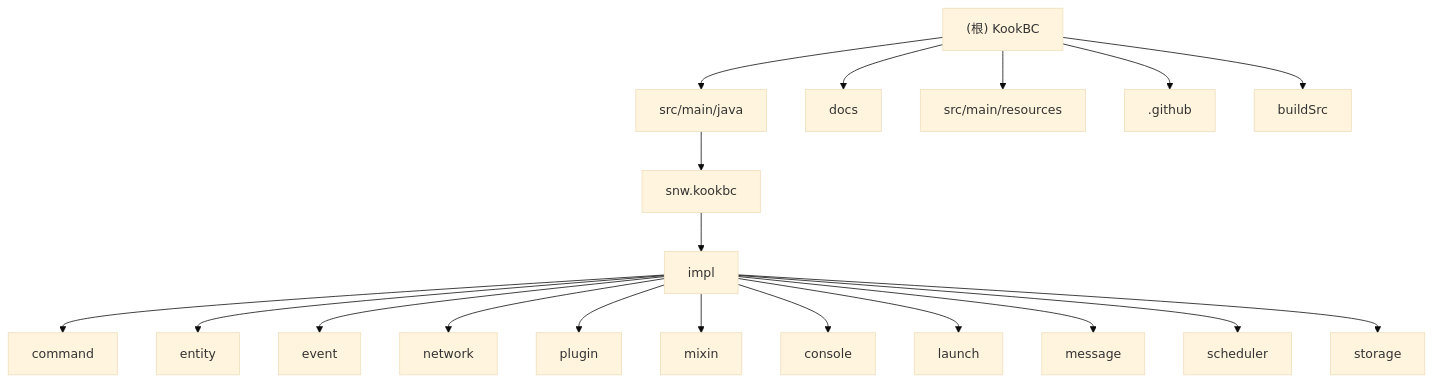
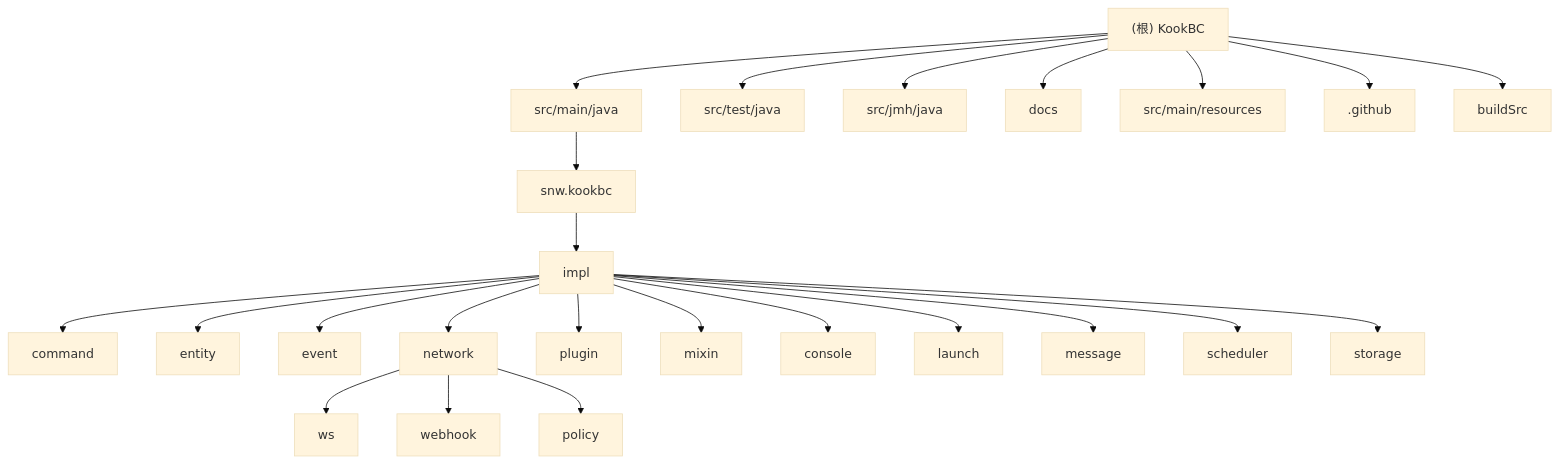
The diagram in CLAUDE.md (SNWCreations/KookBC), drawn with Mermaid (base theme) before and after one commit. The commit also changed other lines of this file and 106 other files, not shown here.

````diff
--- a/CLAUDE.md
+++ b/CLAUDE.md
@@ -61,29 +72,34 @@
 ```mermaid
 graph TD
     A["(根) KookBC"] --> B["src/main/java"];
     B --> C["snw.kookbc"];
     C --> D["impl"];
     D --> E["command"];
     D --> F["entity"];
     D --> G["event"];
     D --> H["network"];
     D --> I["plugin"];
     D --> J["mixin"];
     D --> K["console"];
     D --> L["launch"];
     D --> M["message"];
     D --> N["scheduler"];
     D --> O["storage"];
-    A --> P["docs"];
-    A --> Q["src/main/resources"];
-    A --> R[".github"];
-    A --> S["buildSrc"];
+    H --> P["ws"];
+    H --> Q["webhook"];
+    H --> R["policy"];
+    A --> S["src/test/java"];
+    A --> T["src/jmh/java"];
+    A --> U["docs"];
+    A --> V["src/main/resources"];
+    A --> W[".github"];
+    A --> X["buildSrc"];
 
-    click C "#core-implementation" "查看核心实现模块"
-    click E "#command-system" "查看命令系统模块"
-    click F "#entity-system" "查看实体系统模块"
-    click G "#event-system" "查看事件系统模块"
-    click H "#network-system" "查看网络通信模块"
-    click I "#plugin-system" "查看插件系统模块"
-    click P "#documentation" "查看文档模块"
+    click C "./src/main/java/snw/kookbc/impl/CLAUDE.md" "查看核心实现模块文档"
+    click E "./src/main/java/snw/kookbc/impl/command/CLAUDE.md" "查看命令系统模块文档"
+    click F "./src/main/java/snw/kookbc/impl/entity/CLAUDE.md" "查看实体系统模块文档"
+    click G "./src/main/java/snw/kookbc/impl/event/CLAUDE.md" "查看事件系统模块文档"
+    click H "./src/main/java/snw/kookbc/impl/network/CLAUDE.md" "查看网络通信模块文档"
+    click I "./src/main/java/snw/kookbc/impl/plugin/CLAUDE.md" "查看插件系统模块文档"
+    click U "./docs/" "查看项目文档"
 ```
````
